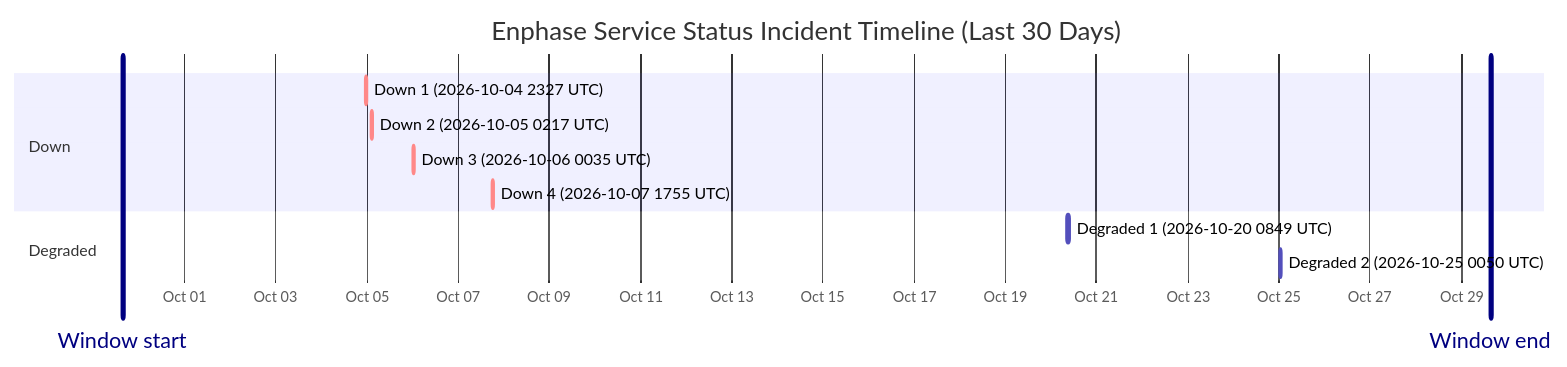
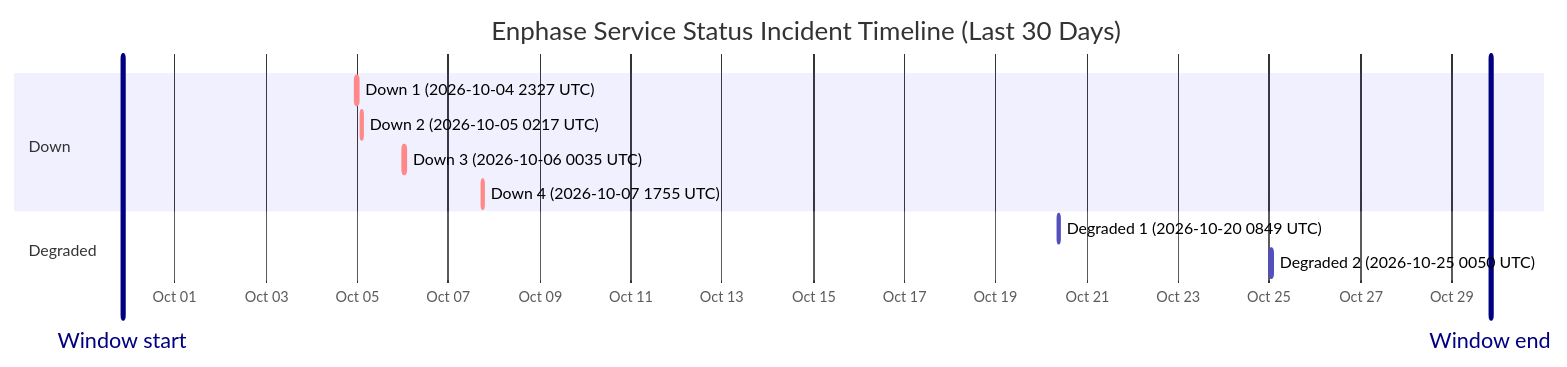
One commit to barneyonline/ha-enphase-energy changed the diagram in wiki/Service-Status-History.md. Above: the diagram before and after it, drawn with Mermaid. The commit also changed other lines of this file and 3 other files, not shown here.

````diff
--- a/wiki/Service-Status-History.md
+++ b/wiki/Service-Status-History.md
@@ -14,16 +14,16 @@
 ```mermaid
 gantt
     title Enphase Service Status Incident Timeline (Last 30 Days)
     dateFormat  YYYY-MM-DDTHH:mm:ss
     axisFormat  %b %d
-    Window start :vert, window-start, 2026-09-29T15:23:49, 0ms
-    Window end :vert, window-end, 2026-10-29T15:23:49, 0ms
+    Window start :vert, window-start, 2026-09-29T20:25:46, 0ms
+    Window end :vert, window-end, 2026-10-29T20:25:46, 0ms
     section Down
     Down 1 (2026-10-04 2327 UTC) :crit, down-1, 2026-10-04T23:27:34, 60m
     Down 2 (2026-10-05 0217 UTC) :crit, down-2, 2026-10-05T02:17:30, 60m
     Down 3 (2026-10-06 0035 UTC) :crit, down-3, 2026-10-06T00:35:21, 60m
     Down 4 (2026-10-07 1755 UTC) :crit, down-4, 2026-10-07T17:55:16, 60m
     section Degraded
     Degraded 1 (2026-10-20 0849 UTC) :active, degraded-1, 2026-10-20T08:49:49, 60m
     Degraded 2 (2026-10-25 0050 UTC) :active, degraded-2, 2026-10-25T00:50:01, 60m
 ```
````
